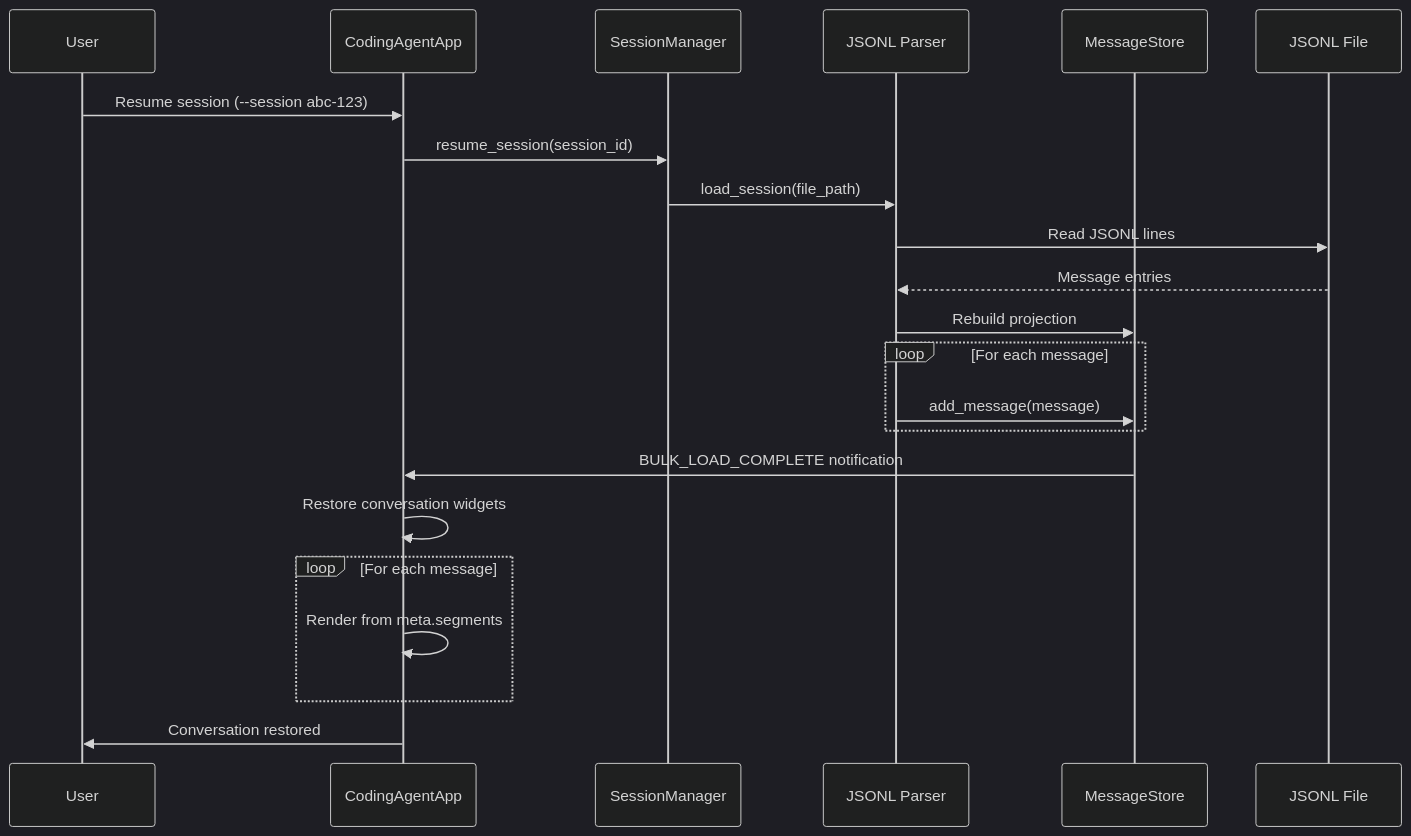
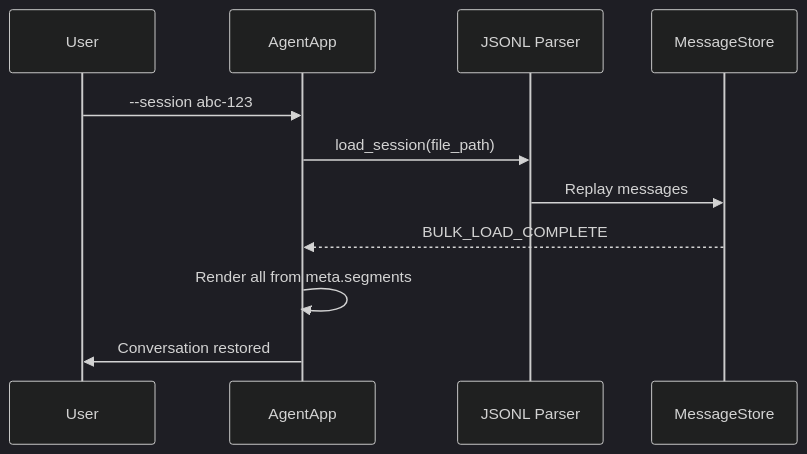
Before and after one commit to vijayjayanandan/claraity-code: the third of 7 diagrams in docs/TUI_PERSISTENCE_ARCHITECTURE.md, drawn with Mermaid (dark theme). The commit also changed other lines of this file and 8 other files, not shown here.

First line of the commit message:
Eliminate dual text accumulation and rewrite architecture doc

````diff
--- a/docs/TUI_PERSISTENCE_ARCHITECTURE.md
+++ b/docs/TUI_PERSISTENCE_ARCHITECTURE.md
@@ -182,29 +131,15 @@
 ```mermaid
 sequenceDiagram
     participant User
-    participant TUI as CodingAgentApp
-    participant Manager as SessionManager
+    participant TUI as AgentApp
     participant Parser as JSONL Parser
     participant Store as MessageStore
-    participant JSONL as JSONL File
 
-    User->>TUI: Resume session (--session abc-123)
-    TUI->>Manager: resume_session(session_id)
-    Manager->>Parser: load_session(file_path)
-    Parser->>JSONL: Read JSONL lines
-    JSONL-->>Parser: Message entries
-    Parser->>Store: Rebuild projection
-    
-    loop For each message
-        Parser->>Store: add_message(message)
-    end
-    
-    Store->>TUI: BULK_LOAD_COMPLETE notification
-    TUI->>TUI: Restore conversation widgets
-    
-    loop For each message
-        TUI->>TUI: Render from meta.segments
-    end
-    
+    User->>TUI: --session abc-123
+    TUI->>Parser: load_session(file_path)
+    Parser->>Store: Replay messages
+
+    Store-->>TUI: BULK_LOAD_COMPLETE
+    TUI->>TUI: Render all from meta.segments
     TUI->>User: Conversation restored
 ```
````
